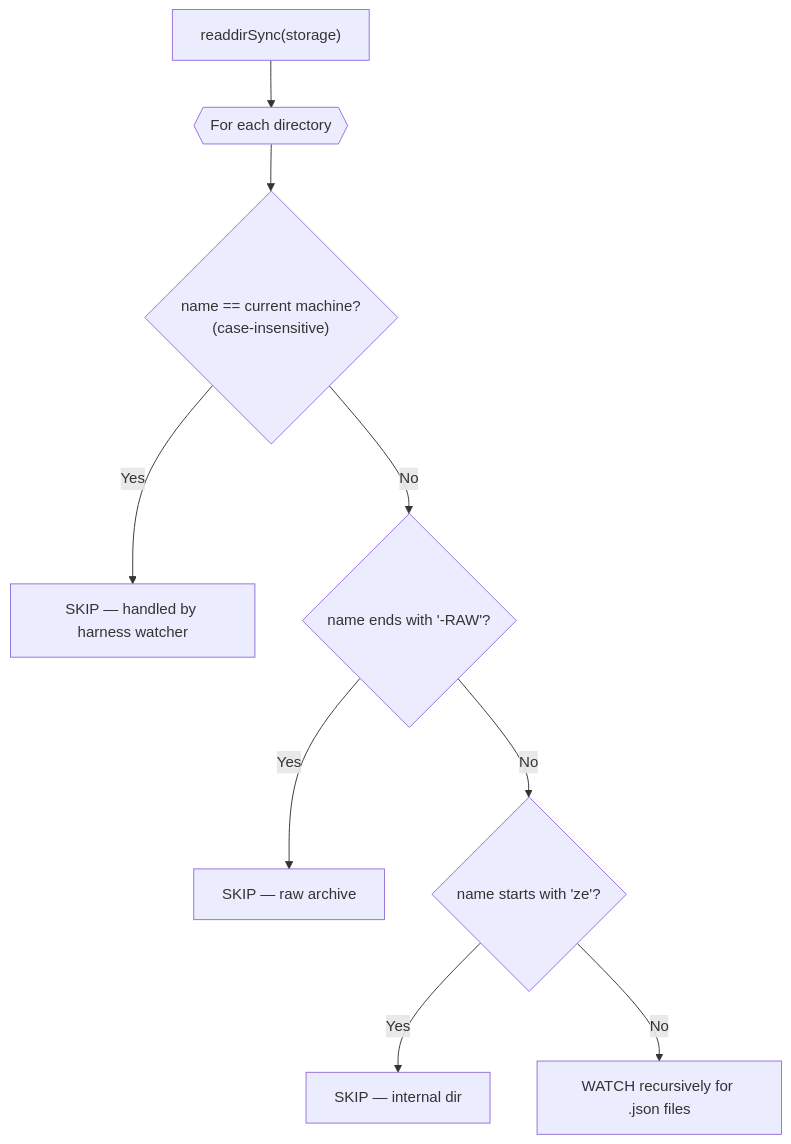
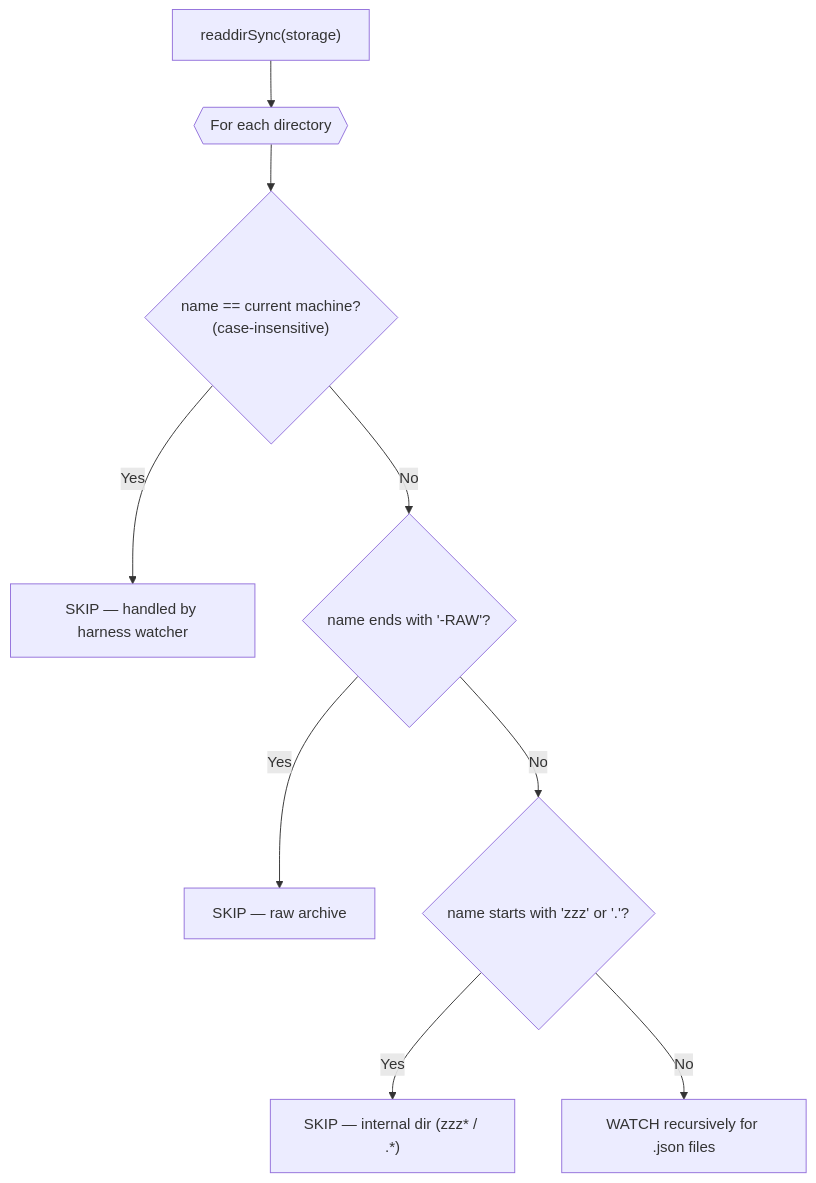
Before and after one commit to Kyliathy/context-core: the fifth of 15 diagrams in server/zz-reach2/architecture/data/archi-file-watcher.md, drawn with Mermaid. The commit also changed other lines of this file and 1 other file, not shown here.

Commit message:
fix: zzzcache should not be considered as a machine directory

````diff
--- a/server/zz-reach2/architecture/data/archi-file-watcher.md
+++ b/server/zz-reach2/architecture/data/archi-file-watcher.md
@@ -247,11 +247,11 @@
 ```mermaid
 flowchart TD
     SCAN["readdirSync(storage)"] --> CHECK{{"For each directory"}}
     CHECK --> C1{"name == current machine?<br/>(case-insensitive)"}
     C1 -->|Yes| SKIP1["SKIP — handled by harness watcher"]
     C1 -->|No| C2{"name ends with '-RAW'?"}
     C2 -->|Yes| SKIP2["SKIP — raw archive"]
-    C2 -->|No| C3{"name starts with 'ze'?"}
-    C3 -->|Yes| SKIP3["SKIP — internal dir"]
+    C2 -->|No| C3{"name starts with 'zzz' or '.'?"}
+    C3 -->|Yes| SKIP3["SKIP — internal dir (zzz* / .*)"]
     C3 -->|No| WATCH["WATCH recursively for .json files"]
 ```
````
